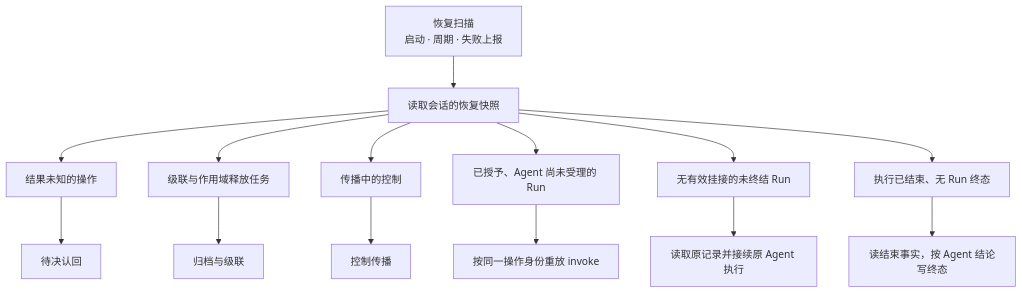
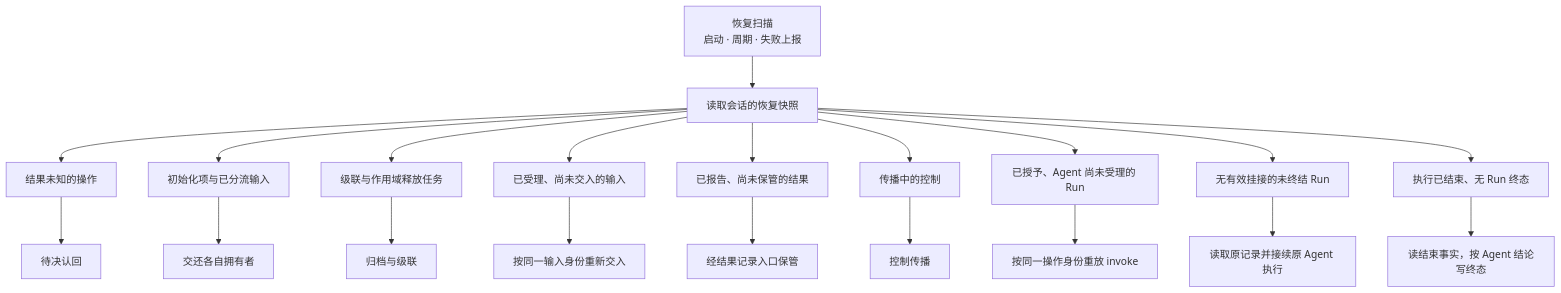
The third of 3 diagrams in docs/architecture/runtime/control-and-recovery.md (nemori-ai/omne-harness-lite), drawn with Mermaid before and after one commit. The commit also changed 4 other files, not shown here.

````diff
--- a/docs/architecture/runtime/control-and-recovery.md
+++ b/docs/architecture/runtime/control-and-recovery.md
@@ -132,10 +132,13 @@
 ```mermaid
 flowchart TD
     Scan[恢复扫描<br/>启动 · 周期 · 失败上报] --> Snapshot[读取会话的恢复快照]
     Snapshot --> Unknown[结果未知的操作] --> Requery[待决认回]
+    Snapshot --> Routed[初始化项与已分流输入] --> Owners[交还各自拥有者]
     Snapshot --> Tasks[级联与作用域释放任务] --> Archive[归档与级联]
+    Snapshot --> Pending[已受理、尚未交入的输入] --> Resubmit[按同一输入身份重新交入]
+    Snapshot --> Reported[已报告、尚未保管的结果] --> Custody[经结果记录入口保管]
     Snapshot --> Controls[传播中的控制] --> Propagate[控制传播]
     Snapshot --> Granted[已授予、Agent 尚未受理的 Run] --> Replay[按同一操作身份重放 invoke]
     Snapshot --> ActiveRun[无有效挂接的未终结 Run] --> Resume[读取原记录并接续原 Agent 执行]
     Snapshot --> Ended[执行已结束、无 Run 终态] --> Conclude[读结束事实，按 Agent 结论写终态]
 ```
````
